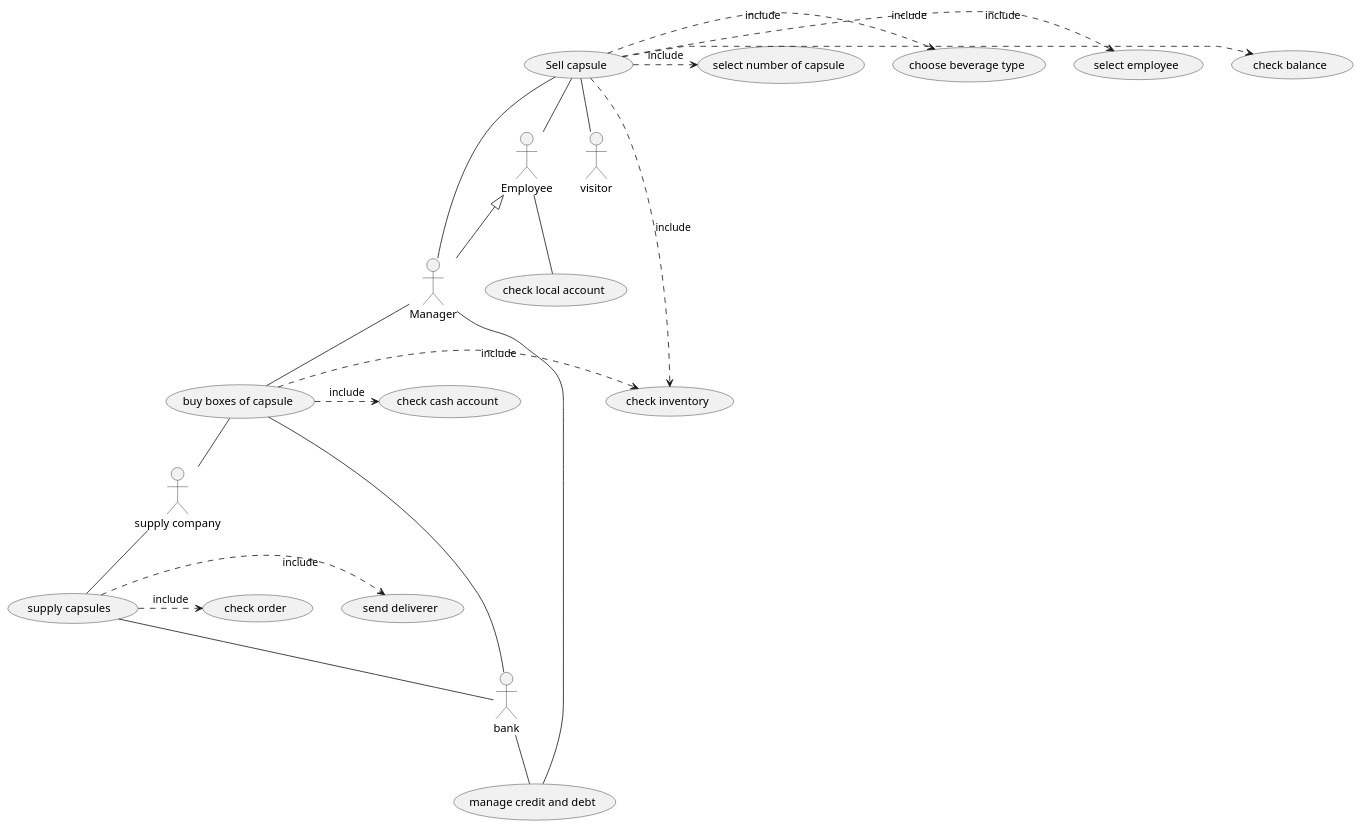
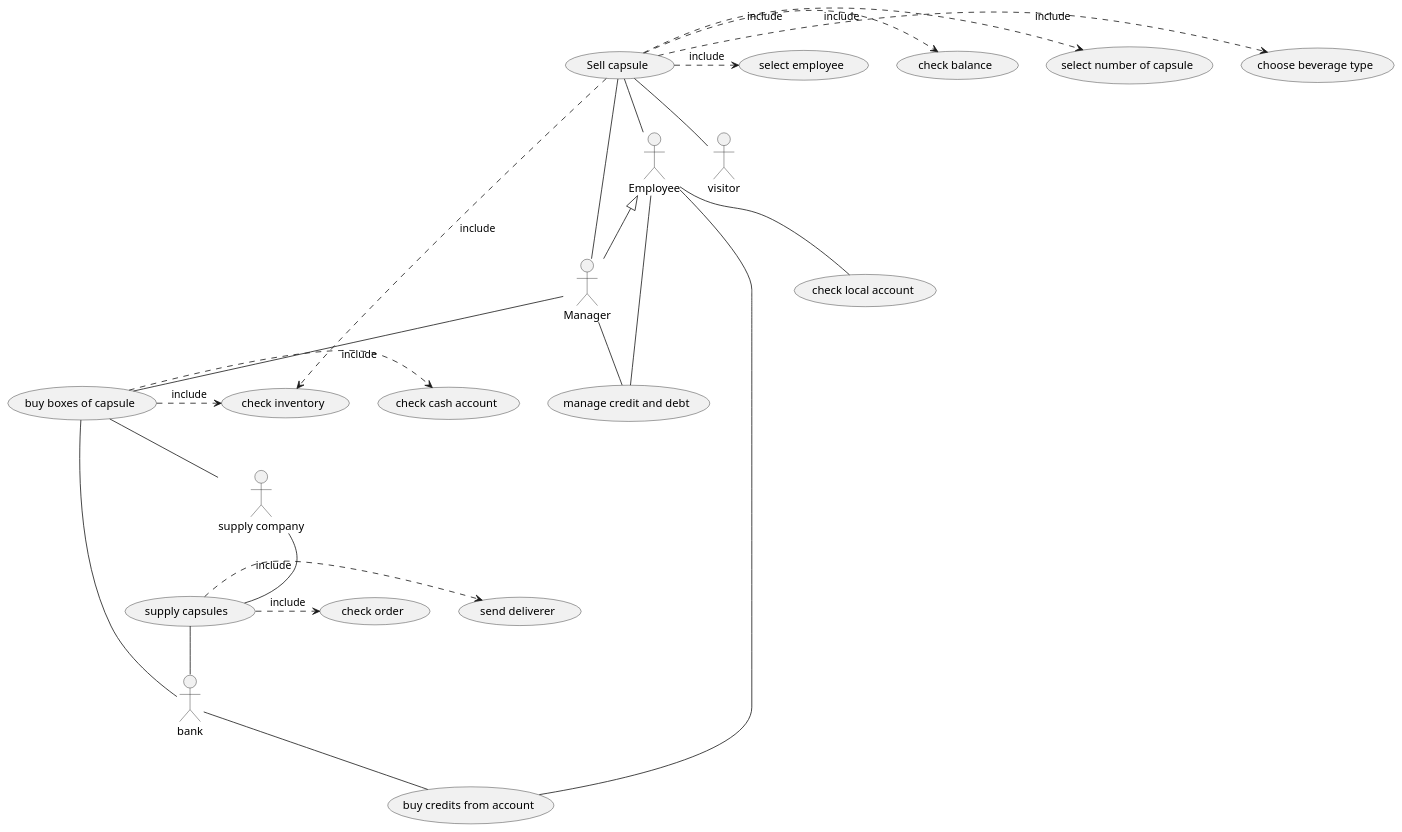
The second of 3 diagrams in Project/Requirements/RequirementDocument.md (roypaulin/laTazza), drawn with PlantUML before and after one commit.

Commit message:
Update Use Case Diagram

````diff
--- a/Project/Requirements/RequirementDocument.md
+++ b/Project/Requirements/RequirementDocument.md
@@ -132,47 +132,50 @@
 ```plantuml
 actor Manager as m
 actor Employee as e
 actor "supply company" as s
 actor visitor as v
 actor bank as b
 
 
 (Sell capsule) as sc
 (manage credit and debt) as mcd
 (check cash account) as cca
 (buy boxes of capsule) as bbc
 (check inventory) as ci
 (select employee) as se
 (choose beverage type) as cbt
 (select number of capsule) as snc
 (check order) as co
 (check balance) as cb
 (supply capsules ) as sca
 (send deliverer) as sd
 (check local account) as cla
+(buy credits from account) as bcfa
 
 m -- sc
 m -- bbc
 m -- mcd
+e -- mcd
+b -- bcfa
+e -- bcfa
 
 e <|-- m
 sc .> se : include
 sc .> cbt : include
 sc .> snc : include
 bbc .> cca : include
 bbc .> ci : include
 sc .> ci : include
 sc .> cb : include
 sca .> co : include
 sca .> sd : include
 
 
 sc -- e
 bbc -- s
 sc -- v
 b -- bbc
-b -- mcd
 s -- sca
 sca -- b
 e -- cla
 ```
````
